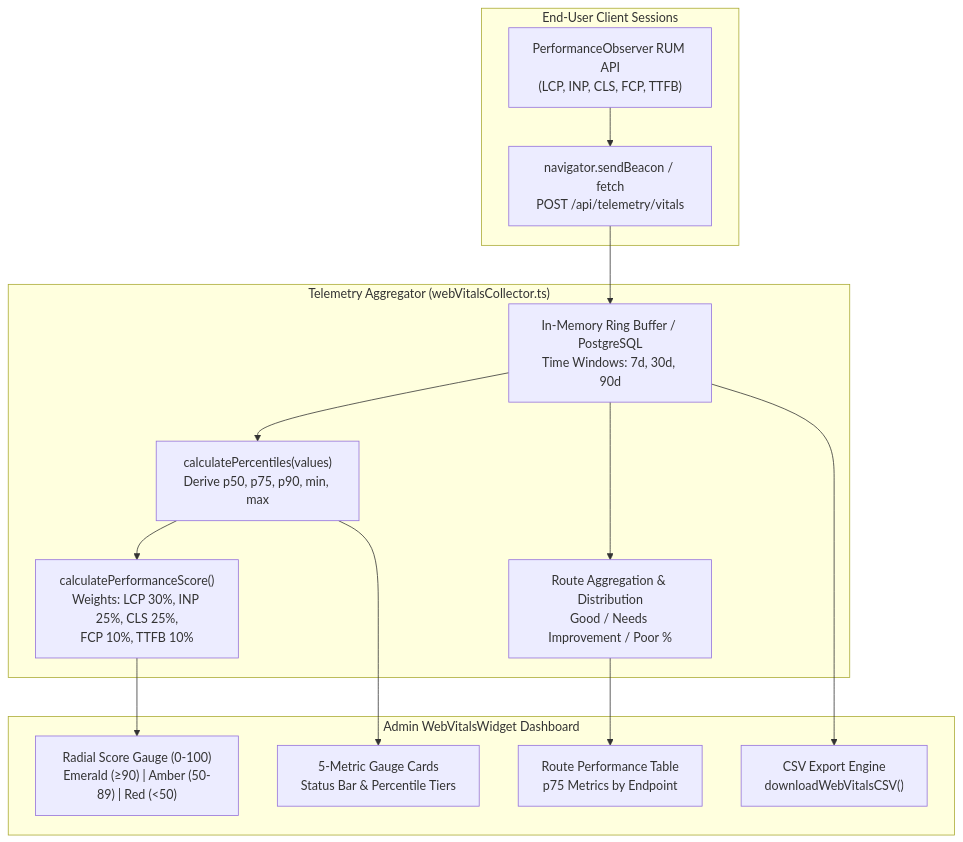
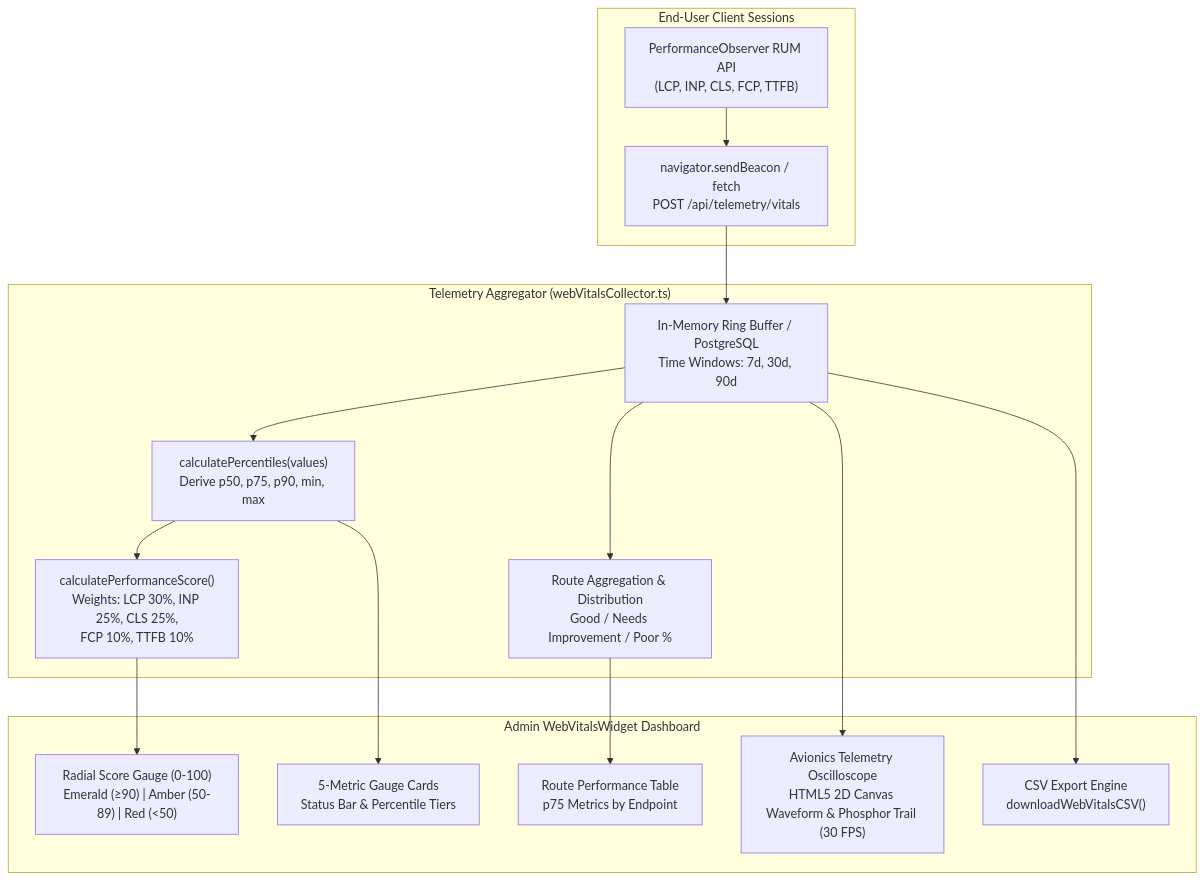
One commit to Aakif-Kohari/WorkSphere changed the diagram in docs/components/WebVitalsWidget.md. Above: the diagram before and after it, drawn with Mermaid. The commit also changed other lines of this file and 5 other files, not shown here.

````diff
--- a/docs/components/WebVitalsWidget.md
+++ b/docs/components/WebVitalsWidget.md
@@ -19,31 +20,33 @@
 ```mermaid
 flowchart TD
     subgraph ClientBrowsers["End-User Client Sessions"]
         Obs["PerformanceObserver RUM API<br/>(LCP, INP, CLS, FCP, TTFB)"]
         Beacon["navigator.sendBeacon / fetch<br/>POST /api/telemetry/vitals"]
     end
 
     subgraph Aggregator["Telemetry Aggregator (webVitalsCollector.ts)"]
         Store["In-Memory Ring Buffer / PostgreSQL<br/>Time Windows: 7d, 30d, 90d"]
         Percentile["calculatePercentiles(values)<br/>Derive p50, p75, p90, min, max"]
         WeightedScore["calculatePerformanceScore()<br/>Weights: LCP 30%, INP 25%, CLS 25%,<br/>FCP 10%, TTFB 10%"]
         RouteGroup["Route Aggregation & Distribution<br/>Good / Needs Improvement / Poor %"]
     end
 
     subgraph WidgetUI["Admin WebVitalsWidget Dashboard"]
         Radial["Radial Score Gauge (0-100)<br/>Emerald (&ge;90) | Amber (50-89) | Red (&lt;50)"]
+        Oscilloscope["Avionics Telemetry Oscilloscope<br/>HTML5 2D Canvas Waveform & Phosphor Trail (30 FPS)"]
         Gauges["5-Metric Gauge Cards<br/>Status Bar & Percentile Tiers"]
         RoutesTable["Route Performance Table<br/>p75 Metrics by Endpoint"]
         CSV["CSV Export Engine<br/>downloadWebVitalsCSV()"]
     end
 
     Obs --> Beacon
     Beacon --> Store
     Store --> Percentile
     Store --> RouteGroup
     Percentile --> WeightedScore
     WeightedScore --> Radial
+    Store --> Oscilloscope
     Percentile --> Gauges
     RouteGroup --> RoutesTable
     Store --> CSV
 ```
````
